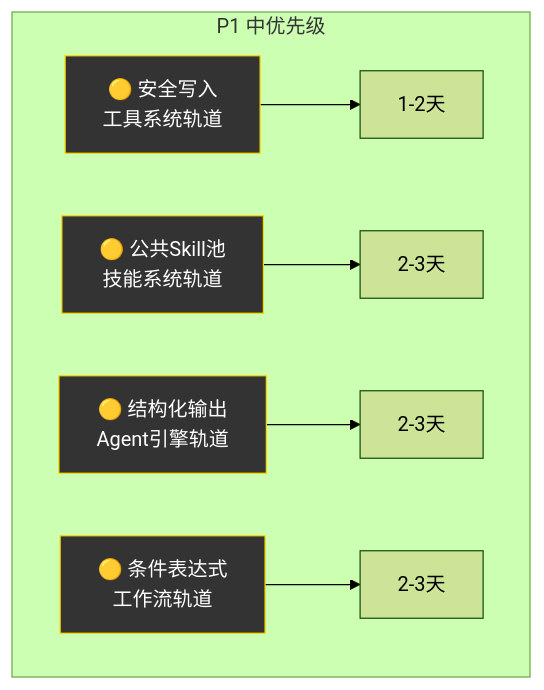
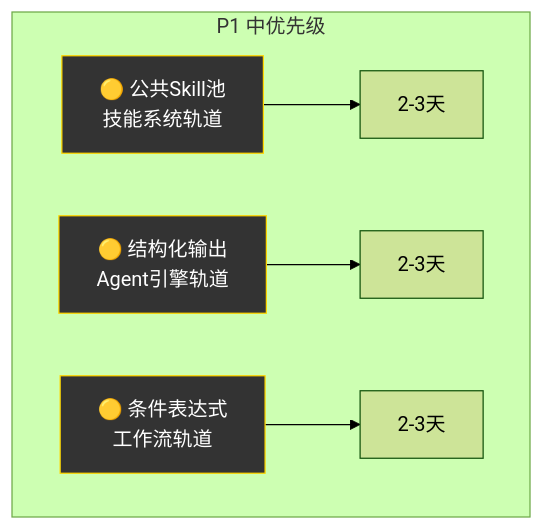
Before and after one commit to JIUYUE-SEP/CloudMind-Zome: the seventh of 10 diagrams in docs/路线图.md, drawn with Mermaid (forest theme). The commit also changed other lines of this file and 2 other files, not shown here.

Commit message:
docs: sync architecture, guide, and roadmap with current stack

````diff
--- a/docs/路线图.md
+++ b/docs/路线图.md
@@ -403,14 +412,12 @@
 ```mermaid
 flowchart LR
     subgraph P1["P1 中优先级"]
         direction LR
-        A["🟡 安全写入\n工具系统轨道"] --> B["1-2天"]
-        C["🟡 公共Skill池\n技能系统轨道"] --> D["2-3天"]
-        E["🟡 结构化输出\nAgent引擎轨道"] --> F["2-3天"]
-        G["🟡 条件表达式\n工作流轨道"] --> H["2-3天"]
+        A["🟡 公共Skill池\n技能系统轨道"] --> B["2-3天"]
+        C["🟡 结构化输出\nAgent引擎轨道"] --> D["2-3天"]
+        E["🟡 条件表达式\n工作流轨道"] --> F["2-3天"]
     end
     style A fill:#333,stroke:#FFD700,color:#fff
     style C fill:#333,stroke:#FFD700,color:#fff
     style E fill:#333,stroke:#FFD700,color:#fff
-    style G fill:#333,stroke:#FFD700,color:#fff
 ```
````
